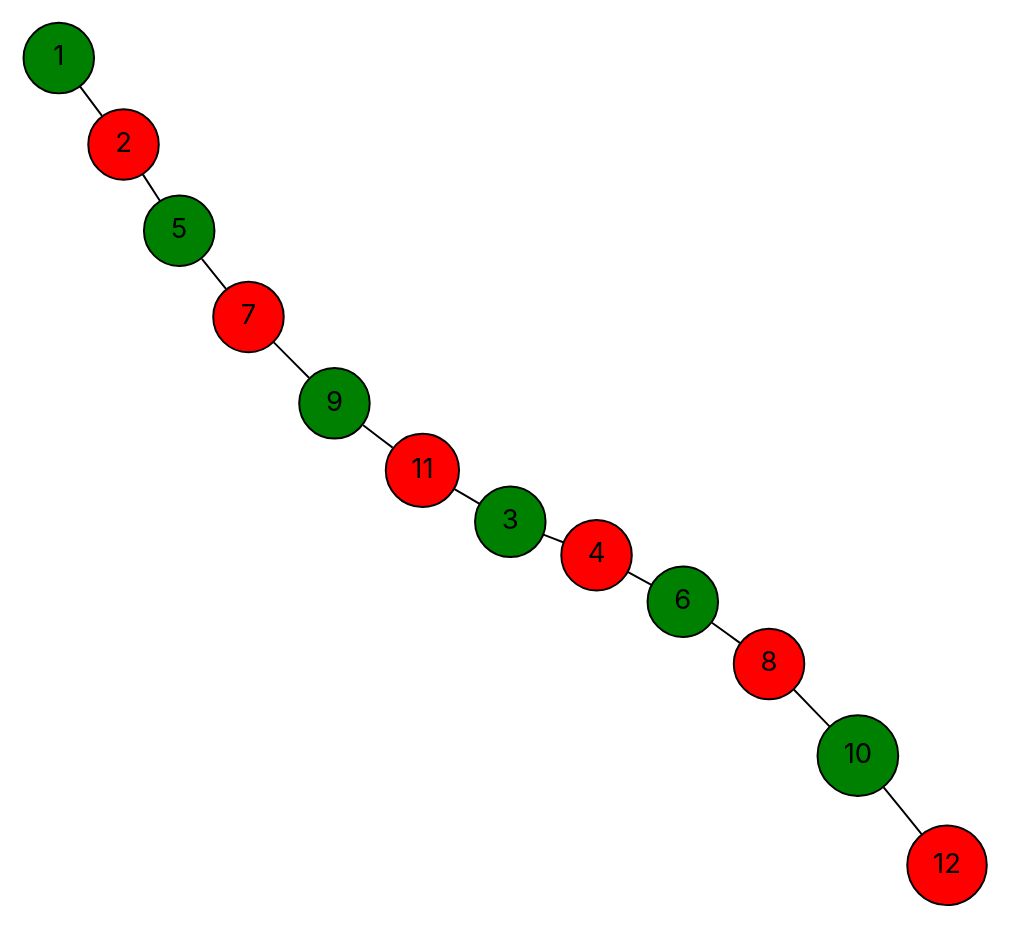
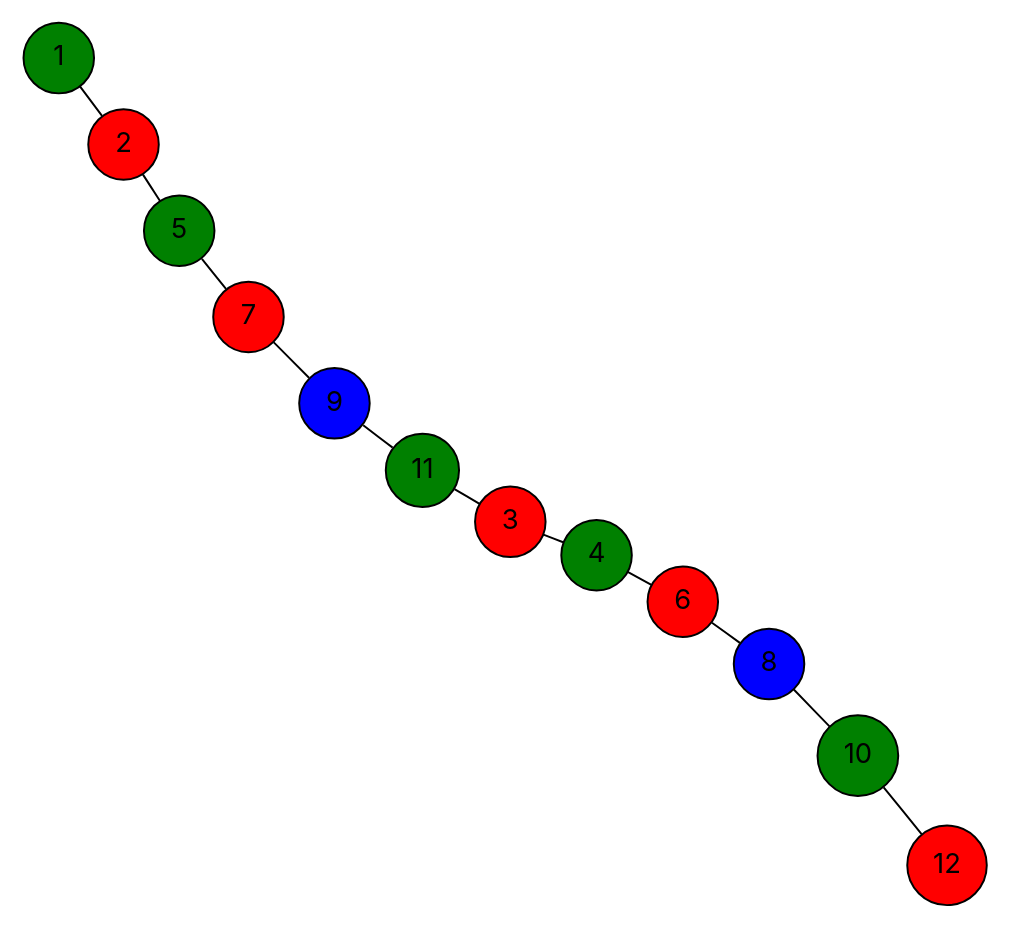
One commit to vercah/vertex-coloring changed the diagram in data/final-dots/easy-06-parallel.dot. Above: the diagram before and after it, drawn with Graphviz. The commit also changed 144 other files, not shown here.

```diff
--- a/data/final-dots/easy-06-parallel.dot
+++ b/data/final-dots/easy-06-parallel.dot
@@ -1,29 +1,29 @@
 graph G {
   layout=neato;
   overlap=false;
   splines=true;
   node [shape=circle, style=filled, fontname=Inter];
   1 [label="1", fillcolor="green", tooltip="v1 color 1"];
   2 [label="2", fillcolor="red", tooltip="v2 color 0"];
-  3 [label="3", fillcolor="green", tooltip="v3 color 1"];
-  4 [label="4", fillcolor="red", tooltip="v4 color 0"];
+  3 [label="3", fillcolor="red", tooltip="v3 color 0"];
+  4 [label="4", fillcolor="green", tooltip="v4 color 1"];
   5 [label="5", fillcolor="green", tooltip="v5 color 1"];
-  6 [label="6", fillcolor="green", tooltip="v6 color 1"];
+  6 [label="6", fillcolor="red", tooltip="v6 color 0"];
   7 [label="7", fillcolor="red", tooltip="v7 color 0"];
-  8 [label="8", fillcolor="red", tooltip="v8 color 0"];
-  9 [label="9", fillcolor="green", tooltip="v9 color 1"];
+  8 [label="8", fillcolor="blue", tooltip="v8 color 2"];
+  9 [label="9", fillcolor="blue", tooltip="v9 color 2"];
   10 [label="10", fillcolor="green", tooltip="v10 color 1"];
-  11 [label="11", fillcolor="red", tooltip="v11 color 0"];
+  11 [label="11", fillcolor="green", tooltip="v11 color 1"];
   12 [label="12", fillcolor="red", tooltip="v12 color 0"];
   1 -- 2;
   2 -- 5;
   3 -- 4;
   3 -- 11;
   4 -- 6;
   5 -- 7;
   6 -- 8;
   7 -- 9;
   8 -- 10;
   9 -- 11;
   10 -- 12;
 }
```
